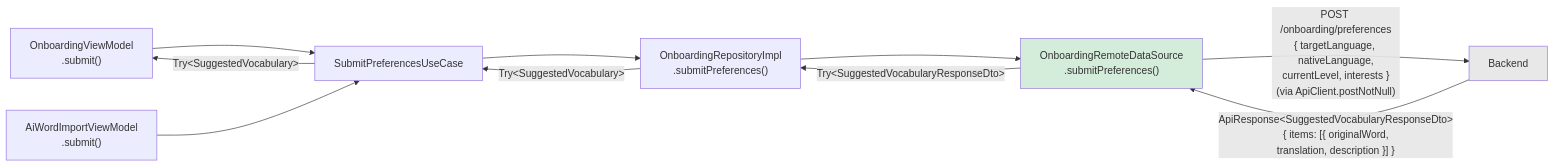
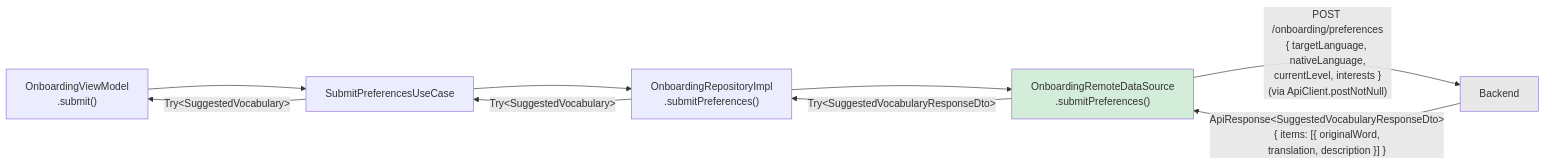
One commit to rezaiyan/Lexicon changed diagram 40 of 42 in doc/api-architecture.md. Above: the diagram before and after it, drawn with Mermaid. The commit also changed other lines of this file and 8 other files, not shown here.

First line of the commit message:
docs(words): update diagrams and Maestro navigation for the add-words pipeline

````diff
--- a/doc/api-architecture.md
+++ b/doc/api-architecture.md
@@ -1500,18 +1504,16 @@
 ```mermaid
 graph LR
     A1["OnboardingViewModel<br/>.submit()"]
-    A2["AiWordImportViewModel<br/>.submit()"]
 
     A1 --> B["SubmitPreferencesUseCase"]
-    A2 --> B
     B --> C["OnboardingRepositoryImpl<br/>.submitPreferences()"]
     C --> D["OnboardingRemoteDataSource<br/>.submitPreferences()"]
     D -->|"POST /onboarding/preferences<br/>{ targetLanguage, nativeLanguage,<br/>currentLevel, interests }<br/>(via ApiClient.postNotNull)"| E["Backend"]
     E -->|"ApiResponse&lt;SuggestedVocabularyResponseDto&gt;<br/>{ items: [{ originalWord,<br/>translation, description }] }"| D
     D -->|"Try&lt;SuggestedVocabularyResponseDto&gt;"| C
     C -->|"Try&lt;SuggestedVocabulary&gt;"| B
     B -->|"Try&lt;SuggestedVocabulary&gt;"| A1
 
     style D fill:#d4edda
     style E fill:#e8e8e8
 ```
````
